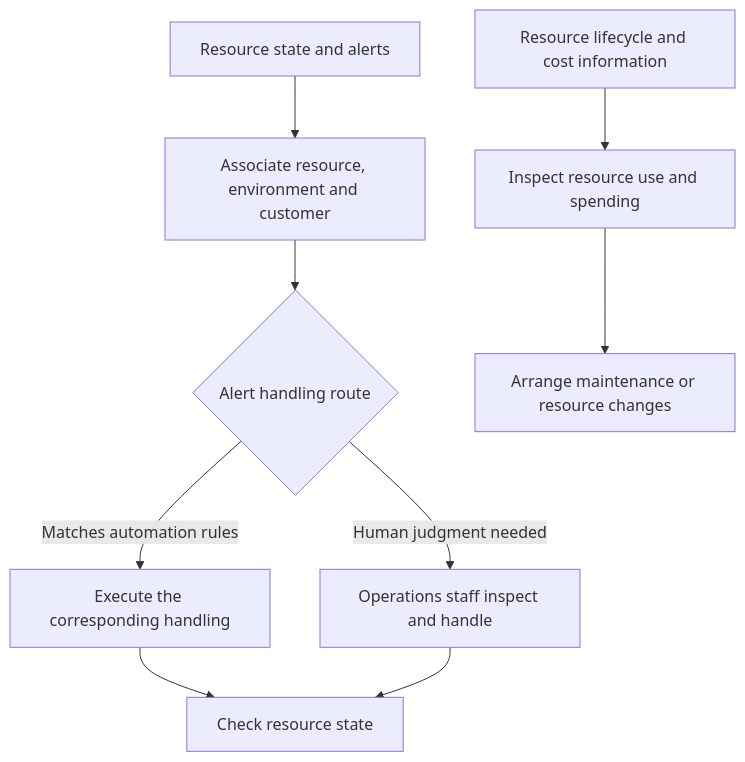
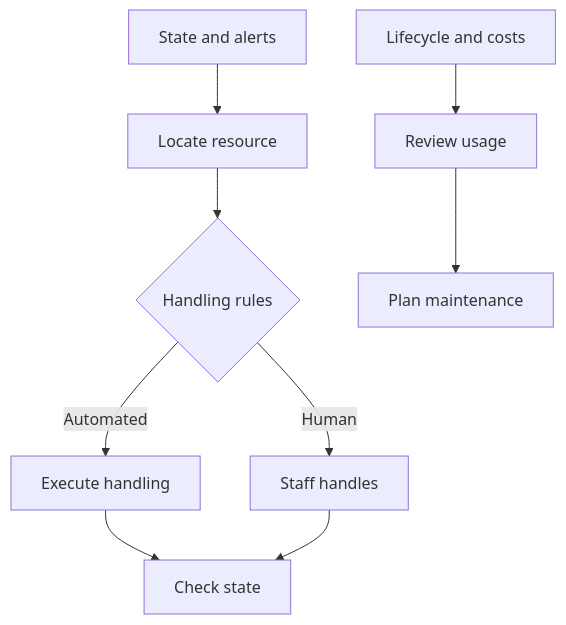
One commit to cytlabs/personal-site changed the second of 2 diagrams in content/en/cases/multi-cloud-management.md. Above: the diagram before and after it, drawn with Mermaid. The commit also changed other lines of this file and 17 other files, not shown here.

First line of the commit message:
统一图表排版、主题和大图查看 (#15)

````diff
--- a/content/en/cases/multi-cloud-management.md
+++ b/content/en/cases/multi-cloud-management.md
@@ -38,11 +36,9 @@
 ```mermaid
 flowchart TD
-    A["Resource state and alerts"] --> B["Associate resource, environment and customer"]
-    B --> C{"Alert handling route"}
-    C -->|Matches automation rules| D["Execute the corresponding handling"]
-    C -->|Human judgment needed| E["Operations staff inspect and handle"]
-    D --> F["Check resource state"]
+    A["State and alerts"] --> B["Locate resource"] --> C{"Handling rules"}
+    C -->|Automated| D["Execute handling"]
+    C -->|Human| E["Staff handles"]
+    D --> F["Check state"]
     E --> F
-    G["Resource lifecycle and cost information"] --> H["Inspect resource use and spending"]
-    H --> I["Arrange maintenance or resource changes"]
+    G["Lifecycle and costs"] --> H["Review usage"] --> I["Plan maintenance"]
 ```
````
